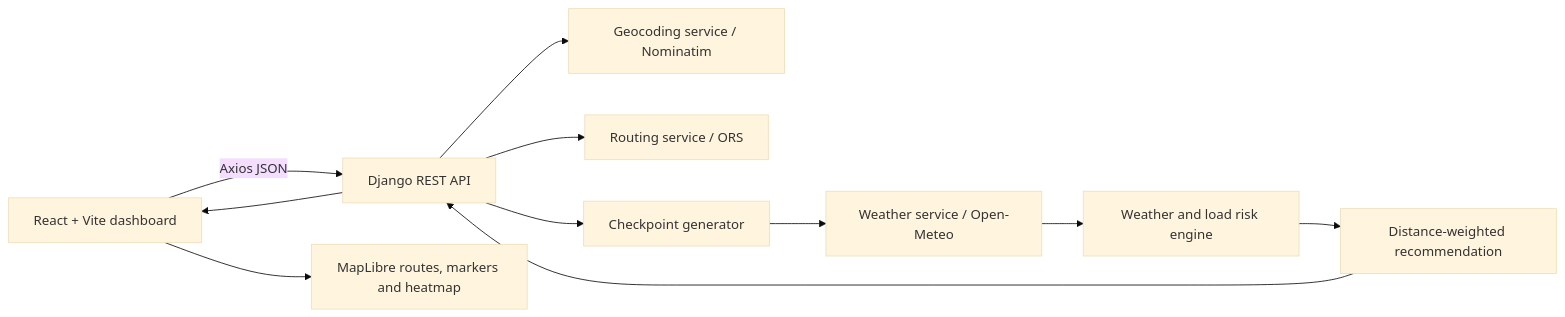
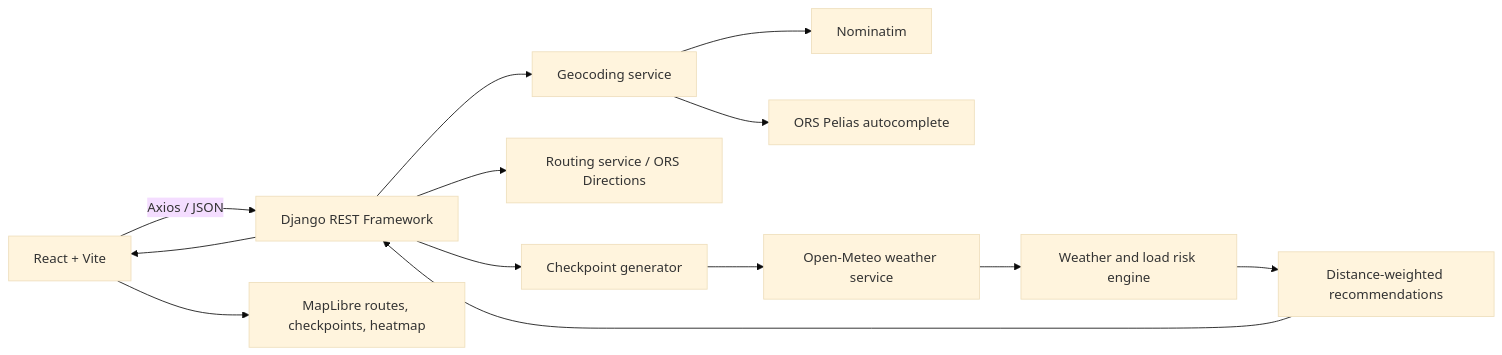
One commit to MuhammadAwais1315/weather-aware-truck-routing changed the diagram in README.md. Above: the diagram before and after it, drawn with Mermaid (base theme). The commit also changed other lines of this file and 6 other files, not shown here.

````diff
--- a/README.md
+++ b/README.md
@@ -22,13 +44,15 @@
 ```mermaid
 flowchart LR
-  UI[React + Vite dashboard] -->|Axios JSON| API[Django REST API]
-  API --> GEO[Geocoding service / Nominatim]
-  API --> ORS[Routing service / ORS]
+  UI[React + Vite] -->|Axios / JSON| API[Django REST Framework]
+  API --> GEO[Geocoding service]
+  GEO --> NOM[Nominatim]
+  GEO --> ORS[ORS Pelias autocomplete]
+  API --> ROUTE[Routing service / ORS Directions]
   API --> CP[Checkpoint generator]
-  CP --> WX[Weather service / Open-Meteo]
+  CP --> WX[Open-Meteo weather service]
   WX --> RISK[Weather and load risk engine]
-  RISK --> REC[Distance-weighted recommendation]
+  RISK --> REC[Distance-weighted recommendations]
   REC --> API
   API --> UI
-  UI --> MAP[MapLibre routes, markers and heatmap]
+  UI --> MAP[MapLibre routes, checkpoints, heatmap]
 ```
````
